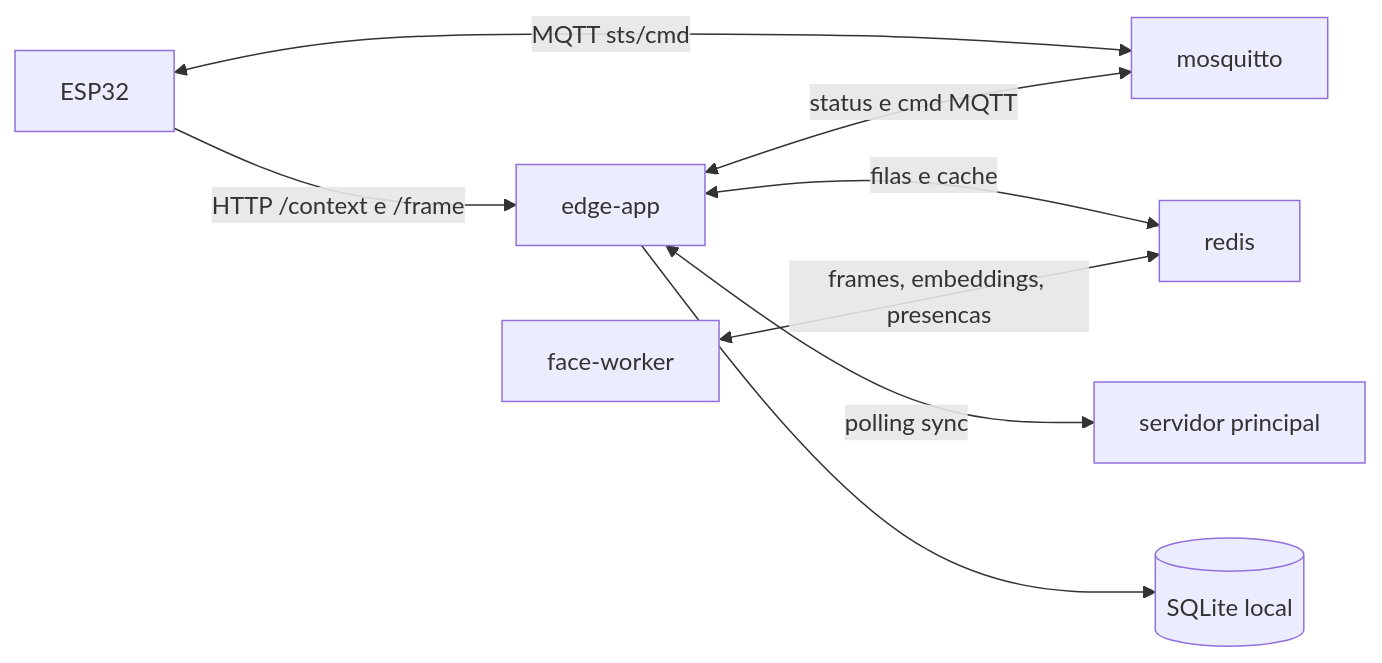
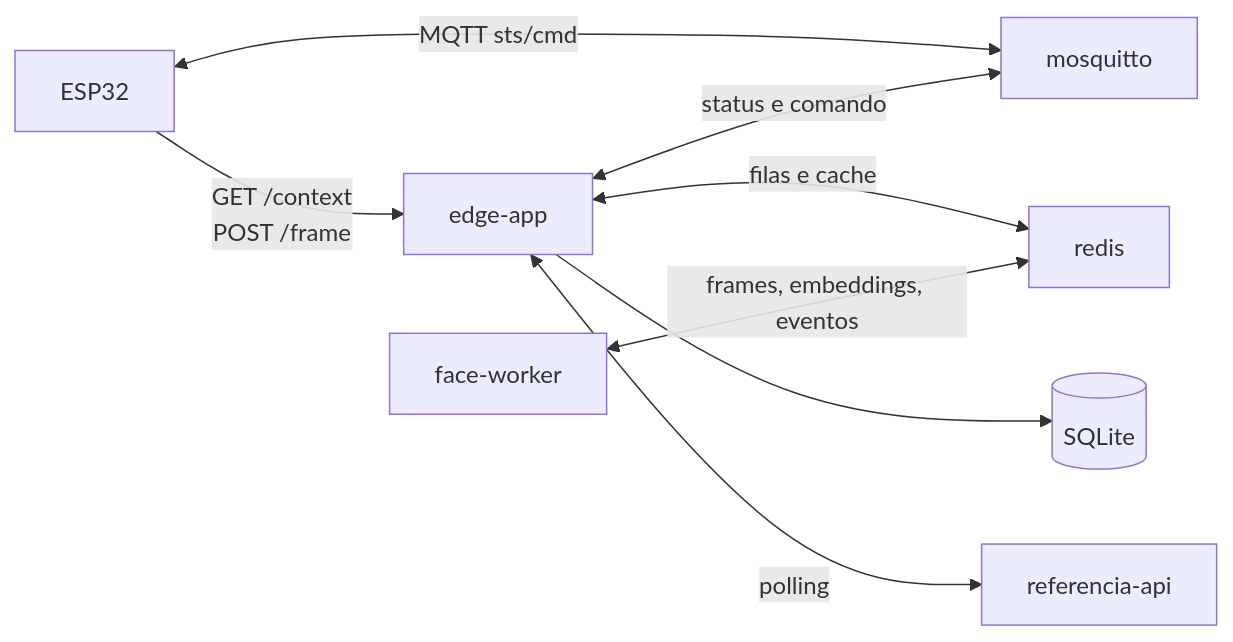
One commit to DanielKGM/autoponto-edgenode changed the first of 4 diagrams in README.md. Above: the diagram before and after it, drawn with Mermaid. The commit also changed other lines of this file and 14 other files, not shown here.

````diff
--- a/README.md
+++ b/README.md
@@ -22,10 +20,10 @@
 ```mermaid
 flowchart LR
-  ESP32[ESP32] -->|HTTP /context e /frame| EdgeApp[edge-app]
+  ESP32[ESP32] -->|GET /context<br/>POST /frame| EdgeApp[edge-app]
   ESP32 <-->|MQTT sts/cmd| Mosquitto[mosquitto]
-  EdgeApp <-->|status e cmd MQTT| Mosquitto
+  EdgeApp <-->|status e comando| Mosquitto
   EdgeApp <-->|filas e cache| Redis[redis]
-  FaceWorker[face-worker] <-->|frames, embeddings, presencas| Redis
-  EdgeApp <-->|polling sync| MainAPI[servidor principal]
-  EdgeApp --> SQLite[(SQLite local)]
+  FaceWorker[face-worker] <-->|frames, embeddings, eventos| Redis
+  EdgeApp --> SQLite[(SQLite)]
+  EdgeApp <-->|polling| MainAPI[referencia-api]
 ```
````
